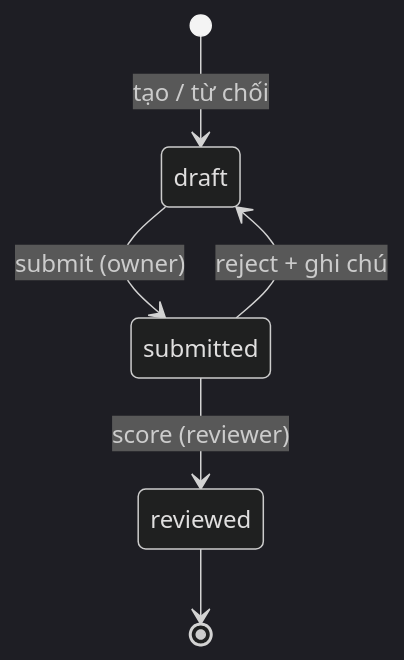
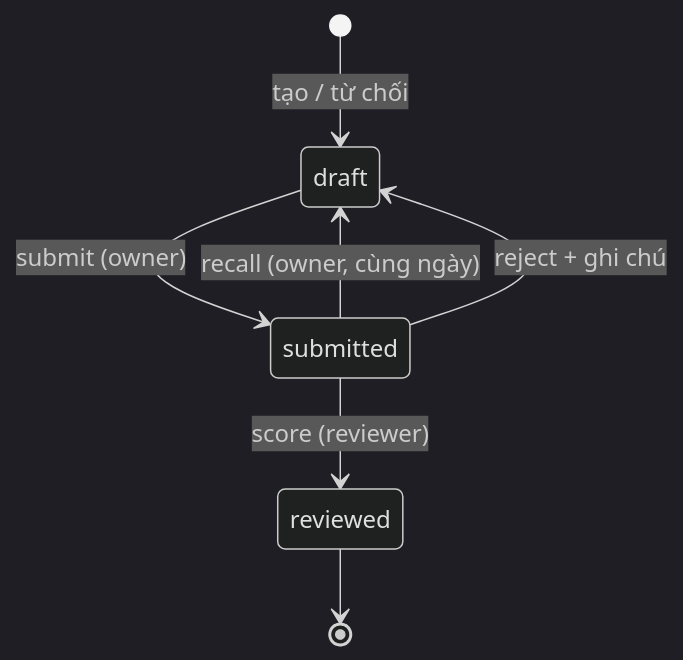
The diagram in docs/DAILY_REPORT.md (EasyToBuildWithKane/va-qlda), drawn with Mermaid (dark theme) before and after one commit. The commit also changed other lines of this file and 29 other files, not shown here.

Commit message:
feat(daily-report): update report audit timeline component

````diff
--- a/docs/DAILY_REPORT.md
+++ b/docs/DAILY_REPORT.md
@@ -101,8 +102,9 @@
 ```mermaid
 stateDiagram-v2
   [*] --> draft: tạo / từ chối
   draft --> submitted: submit (owner)
+  submitted --> draft: recall (owner, cùng ngày)
   submitted --> reviewed: score (reviewer)
   submitted --> draft: reject + ghi chú
   reviewed --> [*]
 ```
````
